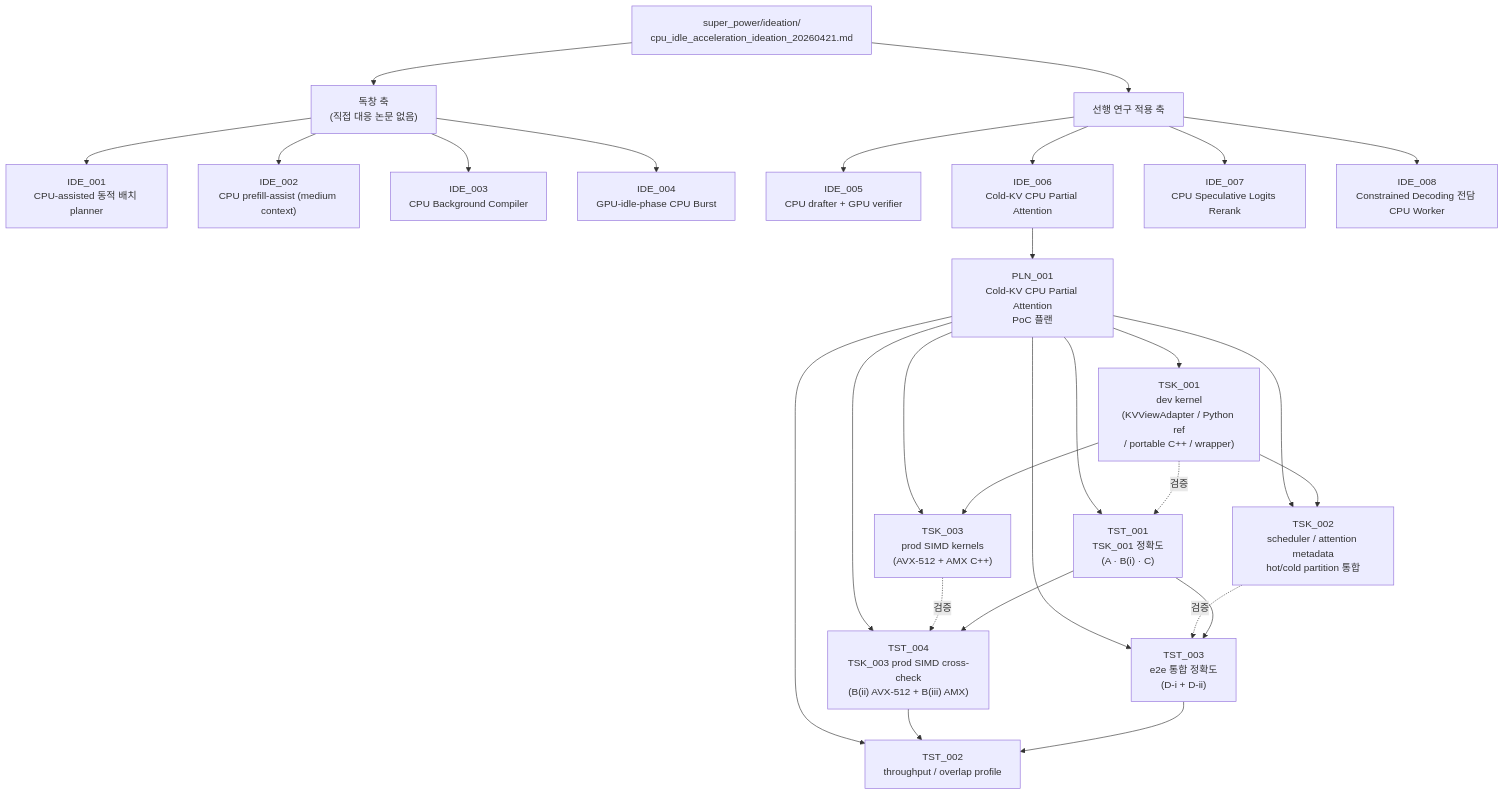
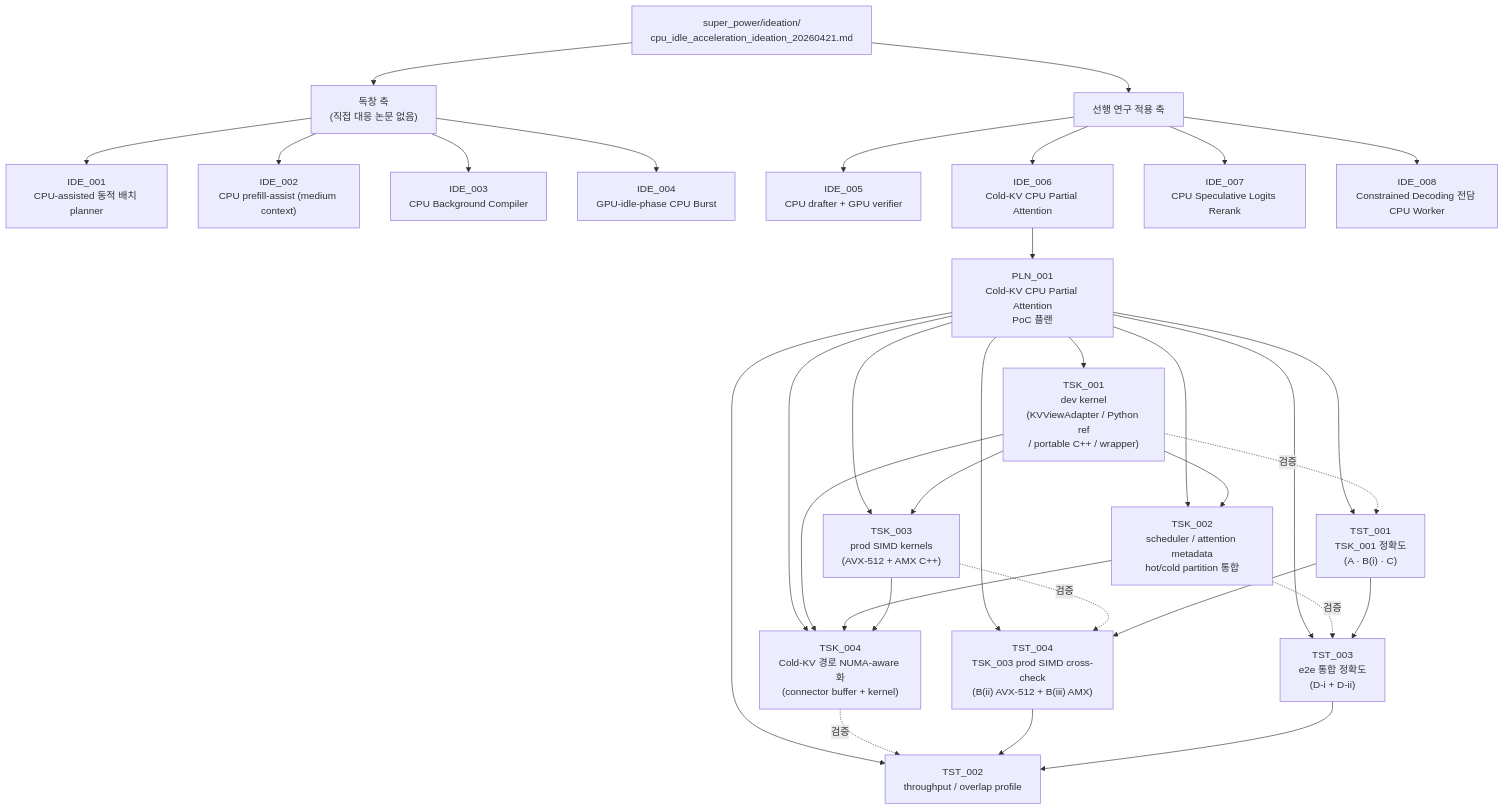
Before and after one commit to mystous/vllm_hybrid: the diagram in shadow_assists/README.md, drawn with Mermaid. The commit also changed 5 other files, not shown here.

````diff
--- a/shadow_assists/README.md
+++ b/shadow_assists/README.md
@@ -140,39 +140,44 @@
 ```mermaid
 flowchart TB
     ROOT["super_power/ideation/<br/>cpu_idle_acceleration_ideation_20260421.md"]
 
     ROOT --> AXIS_A["독창 축<br/>(직접 대응 논문 없음)"]
     ROOT --> AXIS_B["선행 연구 적용 축"]
 
     AXIS_A --> IDE_001["IDE_001<br/>CPU-assisted 동적 배치 planner"]
     AXIS_A --> IDE_002["IDE_002<br/>CPU prefill-assist (medium context)"]
     AXIS_A --> IDE_003["IDE_003<br/>CPU Background Compiler"]
     AXIS_A --> IDE_004["IDE_004<br/>GPU-idle-phase CPU Burst"]
 
     AXIS_B --> IDE_005["IDE_005<br/>CPU drafter + GPU verifier"]
     AXIS_B --> IDE_006["IDE_006<br/>Cold-KV CPU Partial Attention"]
     AXIS_B --> IDE_007["IDE_007<br/>CPU Speculative Logits Rerank"]
     AXIS_B --> IDE_008["IDE_008<br/>Constrained Decoding 전담 CPU Worker"]
 
     IDE_006 --> PLN_001["PLN_001<br/>Cold-KV CPU Partial Attention<br/>PoC 플랜"]
 
     PLN_001 --> TSK_001["TSK_001<br/>dev kernel<br/>(KVViewAdapter / Python ref<br/>/ portable C++ / wrapper)"]
     PLN_001 --> TSK_002["TSK_002<br/>scheduler / attention metadata<br/>hot/cold partition 통합"]
     PLN_001 --> TSK_003["TSK_003<br/>prod SIMD kernels<br/>(AVX-512 + AMX C++)"]
+    PLN_001 --> TSK_004["TSK_004<br/>Cold-KV 경로 NUMA-aware 화<br/>(connector buffer + kernel)"]
     PLN_001 --> TST_001["TST_001<br/>TSK_001 정확도<br/>(A · B(i) · C)"]
     PLN_001 --> TST_004["TST_004<br/>TSK_003 prod SIMD cross-check<br/>(B(ii) AVX-512 + B(iii) AMX)"]
     PLN_001 --> TST_003["TST_003<br/>e2e 통합 정확도<br/>(D-i + D-ii)"]
     PLN_001 --> TST_002["TST_002<br/>throughput / overlap profile"]
 
     TSK_001 --> TSK_002
     TSK_001 --> TSK_003
+    TSK_001 --> TSK_004
+    TSK_002 --> TSK_004
+    TSK_003 --> TSK_004
 
     TSK_001 -.검증.-> TST_001
     TSK_003 -.검증.-> TST_004
     TSK_002 -.검증.-> TST_003
+    TSK_004 -.검증.-> TST_002
 
     TST_001 --> TST_004
     TST_001 --> TST_003
     TST_004 --> TST_002
     TST_003 --> TST_002
 ```
````
